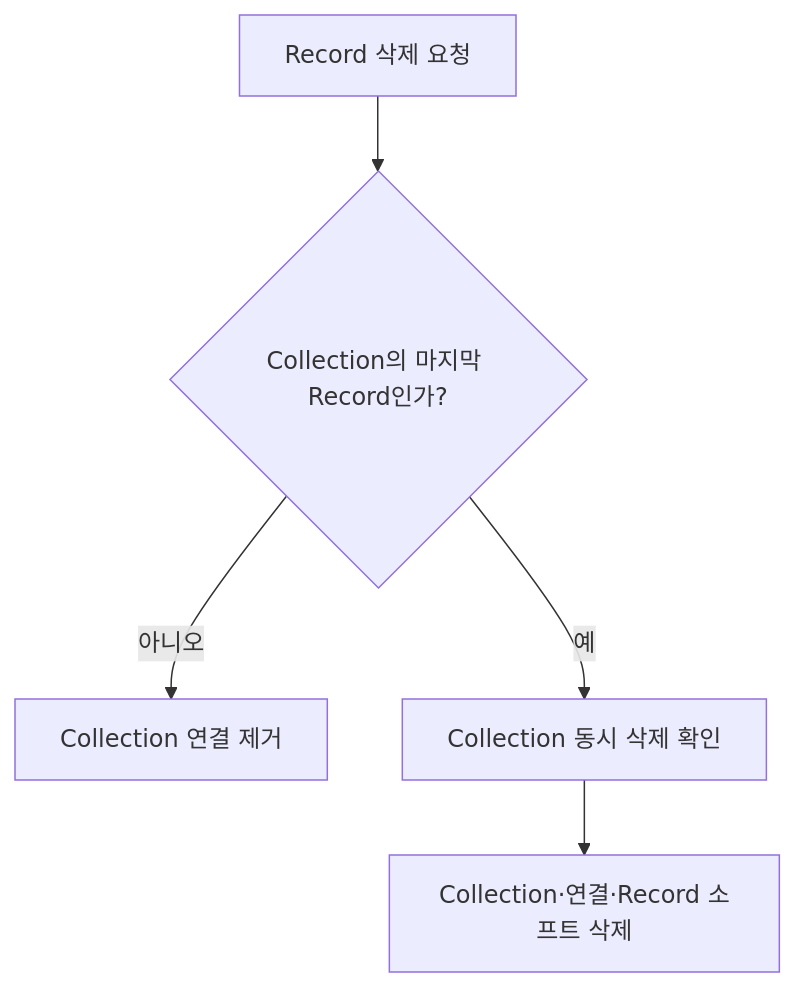
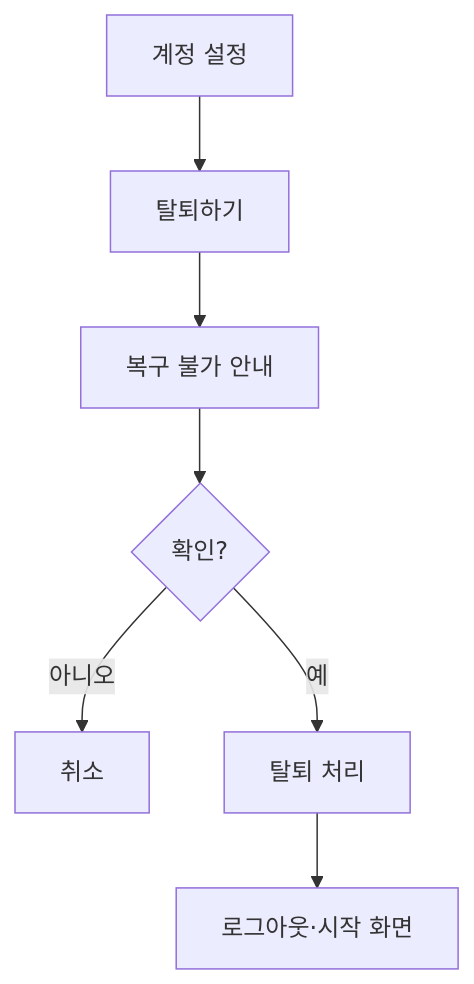
Diagram 12 of 12 in draft/09_유저플로우.md (Team-PinLog/docs), drawn with Mermaid before and after one commit. The commit also changed other lines of this file and 2 other files, not shown here.

Commit message:
1차 유저플로우 수정

````diff
--- a/draft/09_유저플로우.md
+++ b/draft/09_유저플로우.md
@@ -98,7 +262,9 @@
 ```mermaid
 flowchart TD
-    A[Record 삭제 요청] --> B{Collection의 마지막 Record인가?}
-    B -- 아니오 --> C[Collection 연결 제거]
-    B -- 예 --> E[Collection 동시 삭제 확인]
-    E --> F[Collection·연결·Record 소프트 삭제]
+    A[계정 설정] --> B[탈퇴하기]
+    B --> C[복구 불가 안내]
+    C --> D{확인?}
+    D -- 아니오 --> E[취소]
+    D -- 예 --> F[탈퇴 처리]
+    F --> G[로그아웃·시작 화면]
 ```
````
